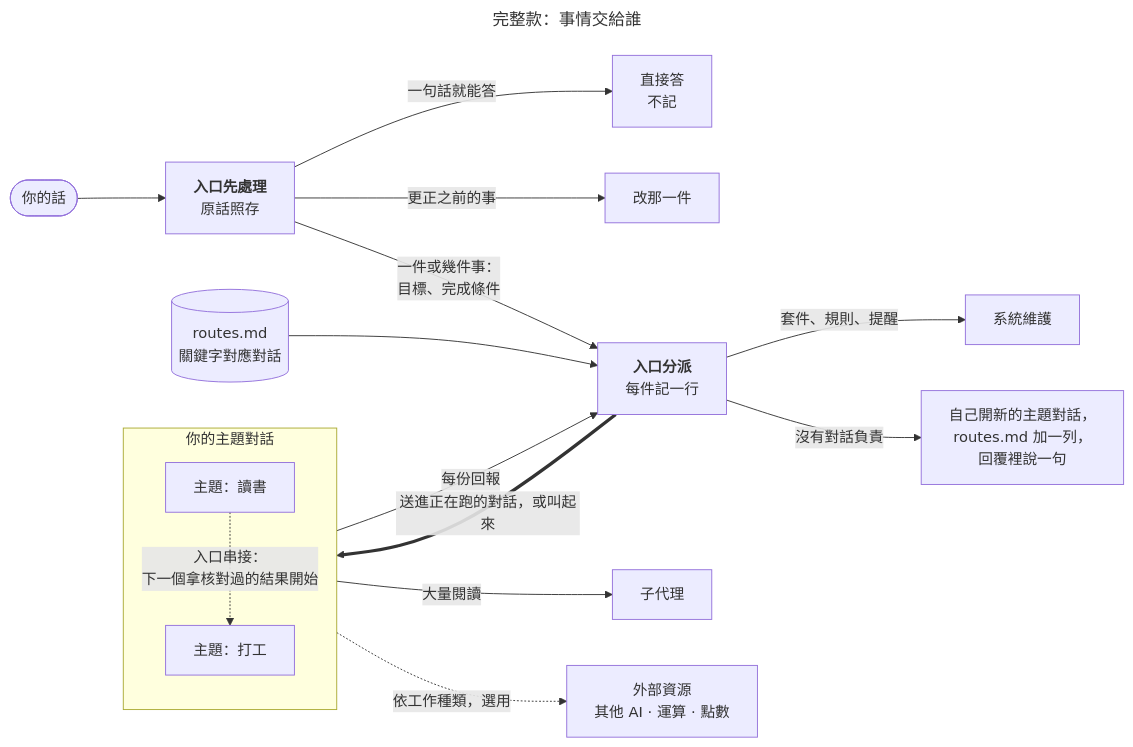
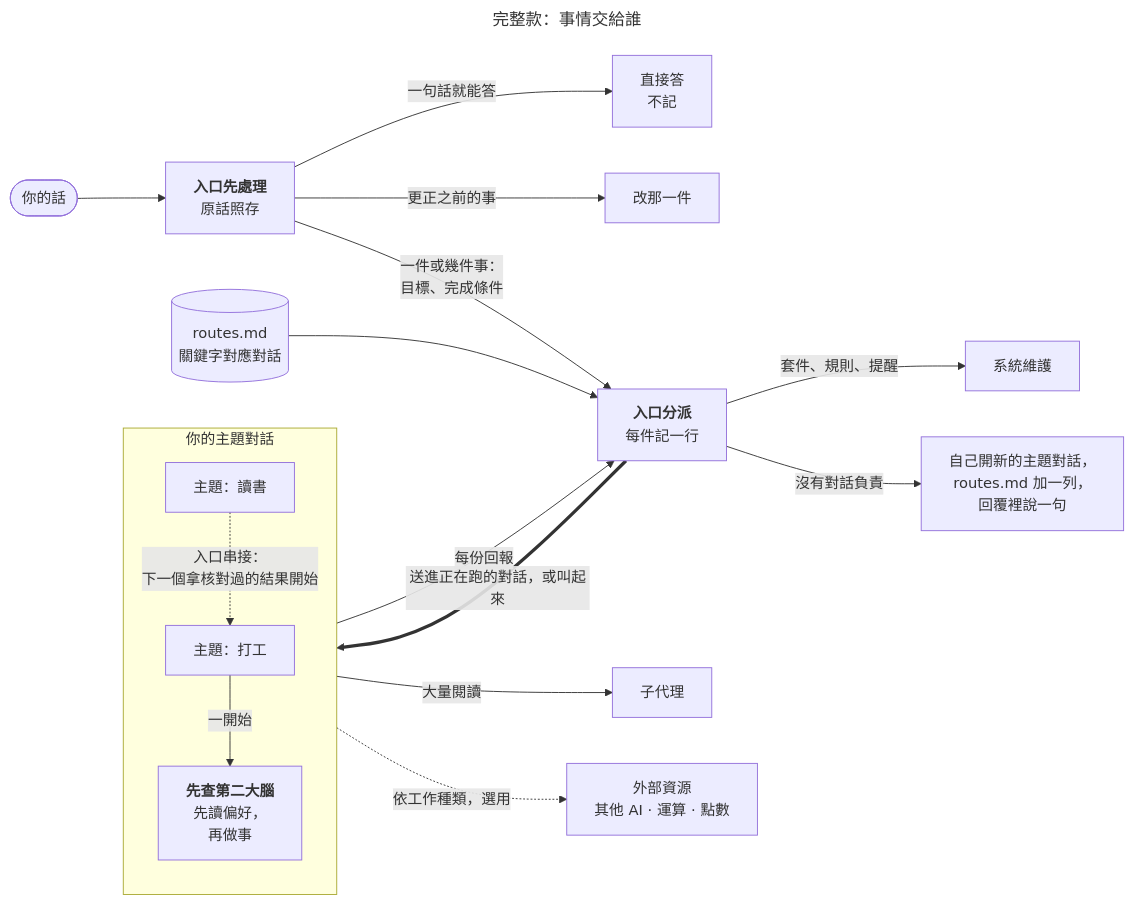
One commit to 0Smallcat0/second-brain-kit changed the third of 6 diagrams in docs/zh-TW/進階功能.md. Above: the diagram before and after it, drawn with Mermaid. The commit also changed other lines of this file and 36 other files, not shown here.

````diff
--- a/docs/zh-TW/進階功能.md
+++ b/docs/zh-TW/進階功能.md
@@ -158,20 +161,21 @@
 ```mermaid
 ---
 title: "完整款：事情交給誰"
 ---
 flowchart LR
   R(["你的話"]) --> P["<b>入口先處理</b><br/>原話照存"]
   P -->|一句話就能答| Q["直接答<br/>不記"]
   P -->|更正之前的事| U["改那一件"]
   P -->|"一件或幾件事：<br/>目標、完成條件"| E["<b>入口分派</b><br/>每件記一行"]
   T[("routes.md<br/>關鍵字對應對話")] --> E
   E -->|套件、規則、提醒| M["系統維護"]
   E -->|沒有對話負責| NT["自己開新的主題對話，<br/>routes.md 加一列，<br/>回覆裡說一句"]
   E ==>|送進正在跑的對話，或叫起來| Topics
   subgraph Topics["你的主題對話"]
     TA["主題：讀書"] -.->|"入口串接：<br/>下一個拿核對過的結果開始"| TB["主題：打工"]
+    TB -->|一開始| CK["<b>先查第二大腦</b><br/>先讀偏好，<br/>再做事"]
   end
   Topics -->|每份回報| E
   Topics -->|大量閱讀| S["子代理"]
   Topics -.->|依工作種類，選用| W["外部資源<br/>其他 AI · 運算 · 點數"]
 ```
````
